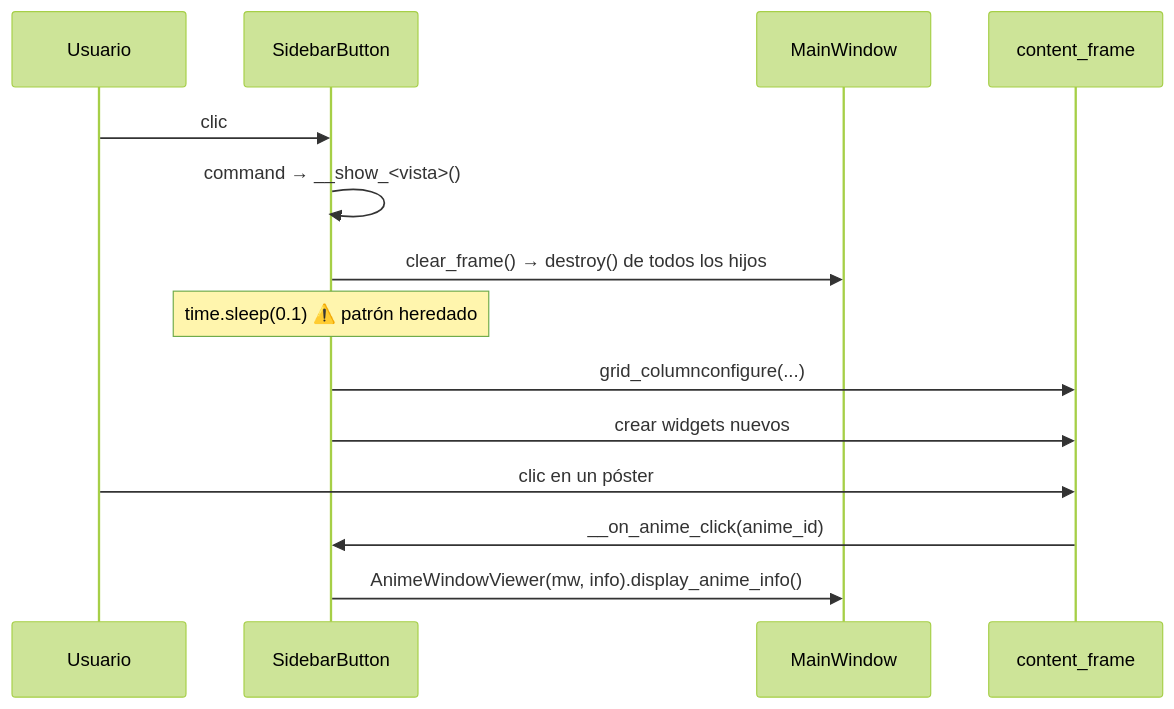
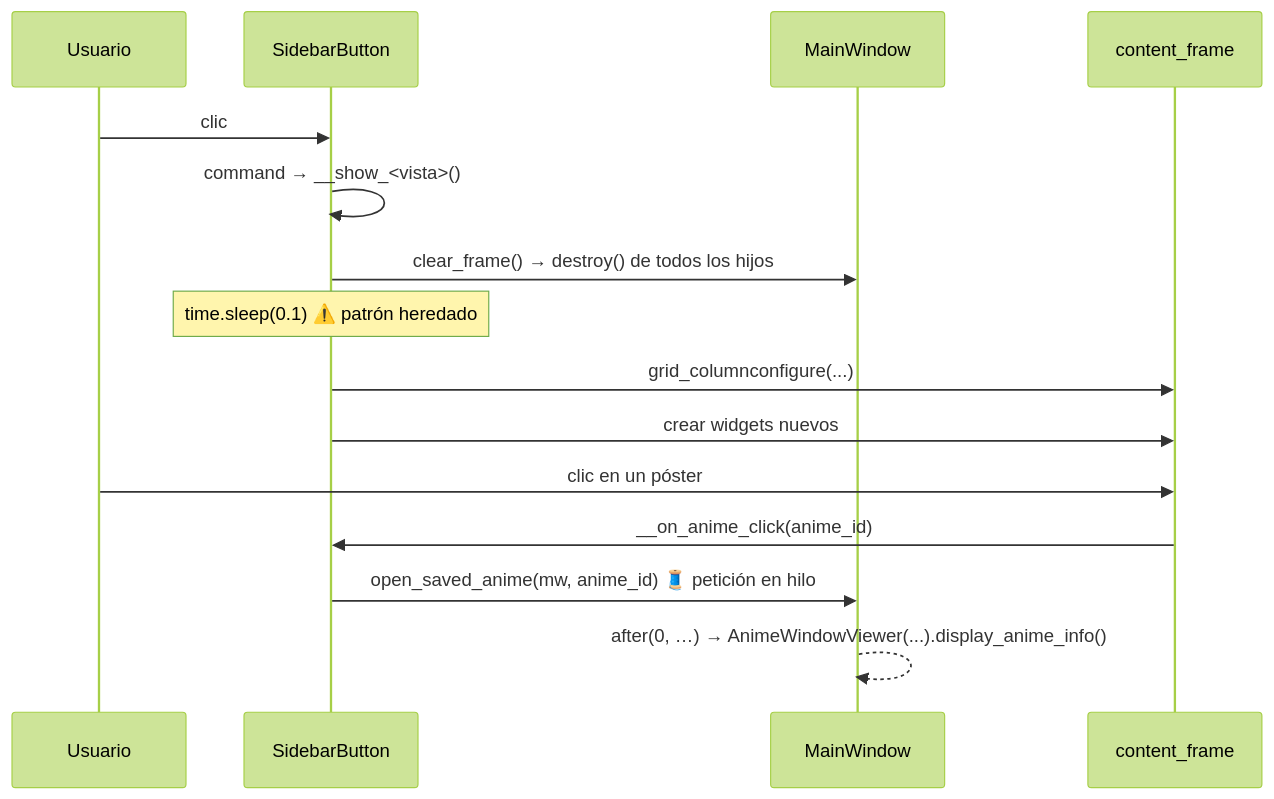
One commit to DavidEscri/BibliotecaAnime changed the second of 2 diagrams in .claude/docs/06-gui-y-vistas.md. Above: the diagram before and after it, drawn with Mermaid (forest theme). The commit also changed other lines of this file and 15 other files, not shown here.

````diff
--- a/.claude/docs/06-gui-y-vistas.md
+++ b/.claude/docs/06-gui-y-vistas.md
@@ -75,17 +75,18 @@
 ```mermaid
 sequenceDiagram
     participant U as Usuario
     participant SBTN as SidebarButton
     participant MW as MainWindow
     participant CF as content_frame
 
     U->>SBTN: clic
     SBTN->>SBTN: command → __show_<vista>()
     SBTN->>MW: clear_frame()  → destroy() de todos los hijos
     Note over SBTN: time.sleep(0.1)  ⚠️ patrón heredado
     SBTN->>CF: grid_columnconfigure(...)
     SBTN->>CF: crear widgets nuevos
     U->>CF: clic en un póster
     CF->>SBTN: __on_anime_click(anime_id)
-    SBTN->>MW: AnimeWindowViewer(mw, info).display_anime_info()
+    SBTN->>MW: open_saved_anime(mw, anime_id)  🧵 petición en hilo
+    MW-->>MW: after(0, …) → AnimeWindowViewer(...).display_anime_info()
 ```
````
